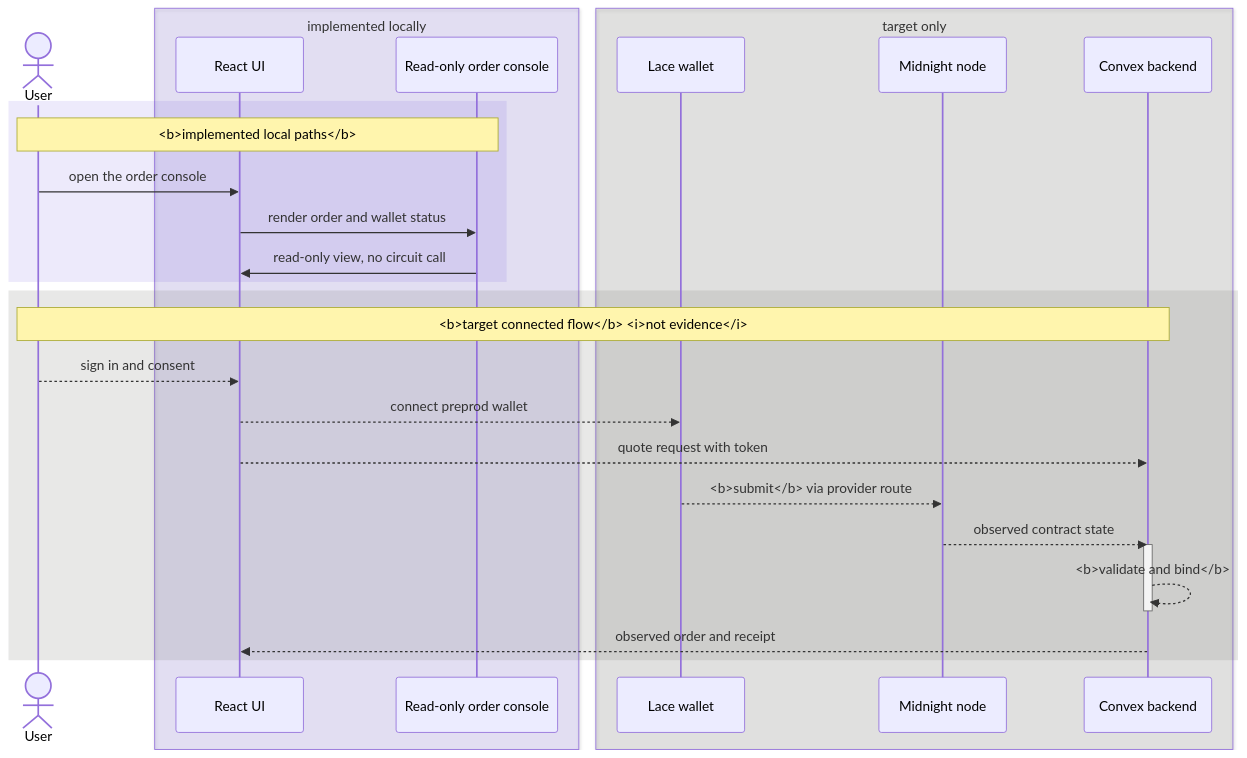
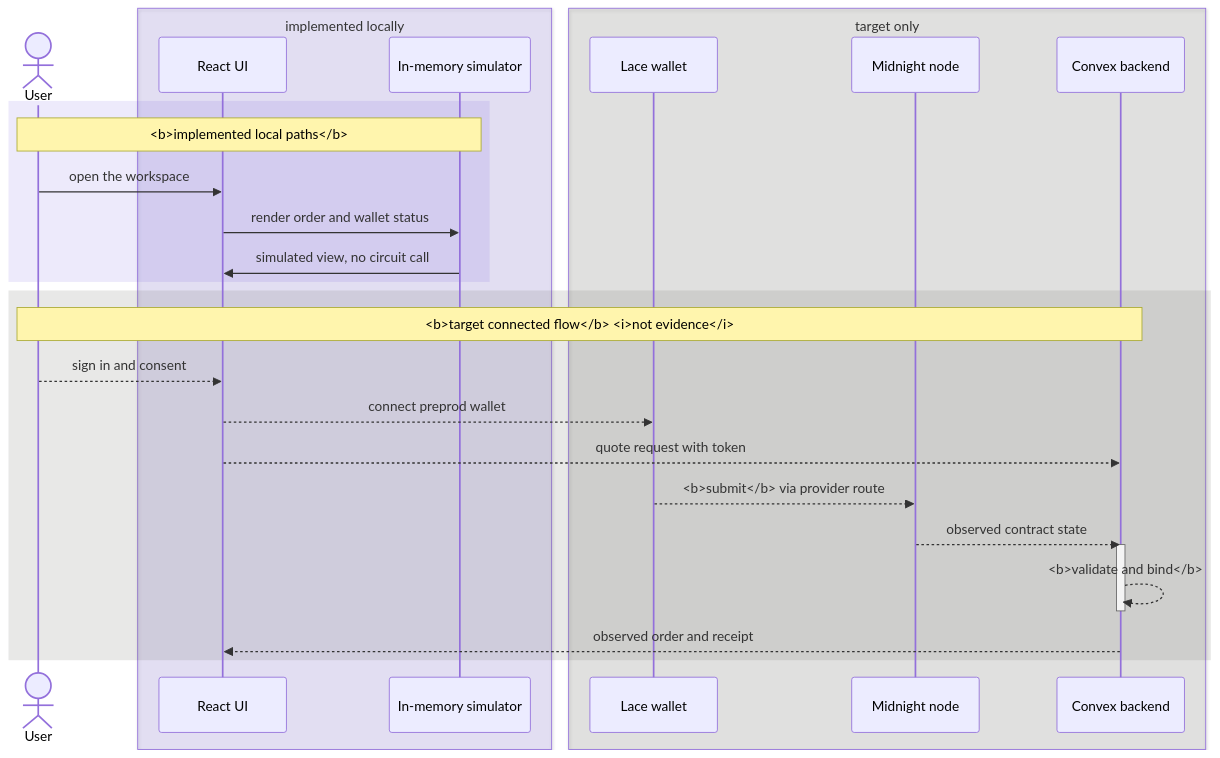
The diagram in README.md (symulacr/milo), drawn with Mermaid before and after one commit. The commit also changed other lines of this file and 117 other files, not shown here.

````diff
--- a/README.md
+++ b/README.md
@@ -108,35 +136,35 @@
 ```mermaid
 sequenceDiagram
     accTitle: Milo local and target paths
     accDescr: Solid arrows are implemented locally. Dashed arrows are the target flow.
 
     actor User
     box rgba(84, 52, 215, 0.12) implemented locally
         participant UI as React UI
-        participant Console as Read-only order console
+        participant Console as In-memory simulator
     end
     box rgba(92, 90, 87, 0.14) target only
         participant Wallet as Lace wallet
         participant Chain as Midnight node
         participant API as Convex backend
     end
 
     rect rgba(84, 52, 215, 0.10)
         Note over User,Console: <b>implemented local paths</b>
-        User->>UI: open the order console
+        User->>UI: open the workspace
         UI->>Console: render order and wallet status
-        Console->>UI: read-only view, no circuit call
+        Console->>UI: simulated view, no circuit call
     end
     rect rgba(92, 90, 87, 0.14)
         Note over User,API: <b>target connected flow</b> <i>not evidence</i>
         User-->>UI: sign in and consent
         UI-->>Wallet: connect preprod wallet
         UI-->>API: quote request with token
         Wallet-->>Chain: <b>submit</b> via provider route
         Chain-->>API: observed contract state
         activate API
         API-->>API: <b>validate and bind</b>
         deactivate API
         API-->>UI: observed order and receipt
     end
 ```
````
